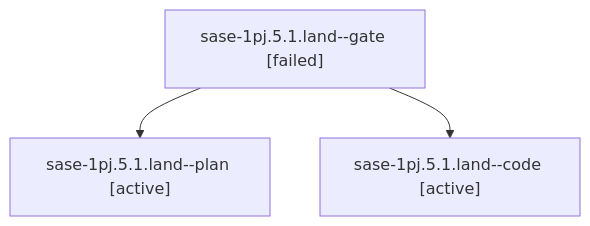
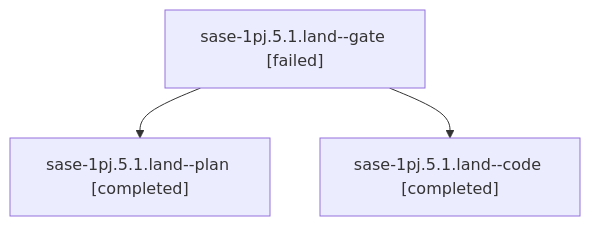
Before and after one commit to sase-org/sase--agents: the diagram in sessions/bbugyi200.athena.sase-1pj.5.1.land.md, drawn with Mermaid. The commit also changed other lines of this file and 105 other files, not shown here.

````diff
--- a/sessions/bbugyi200.athena.sase-1pj.5.1.land.md
+++ b/sessions/bbugyi200.athena.sase-1pj.5.1.land.md
@@ -9,8 +9,8 @@
 ```mermaid
 flowchart TD
   n0["sase-1pj.5.1.land--gate [failed]"]
-  n1["sase-1pj.5.1.land--plan [active]"]
+  n1["sase-1pj.5.1.land--plan [completed]"]
   n0 --> n1
-  n2["sase-1pj.5.1.land--code [active]"]
+  n2["sase-1pj.5.1.land--code [completed]"]
   n0 --> n2
 ```
````
